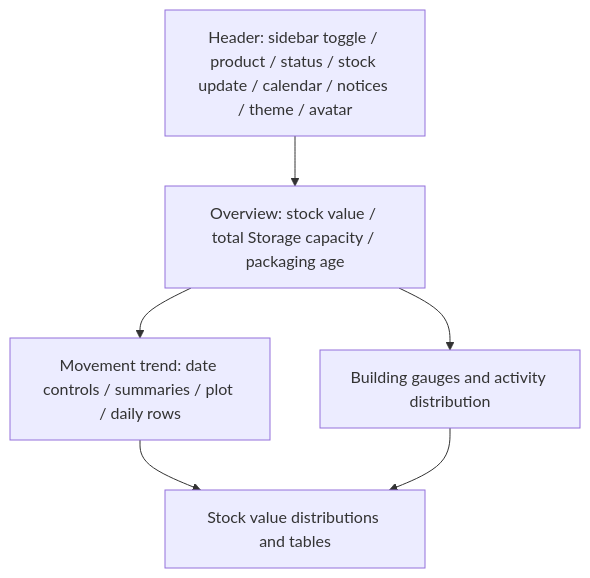
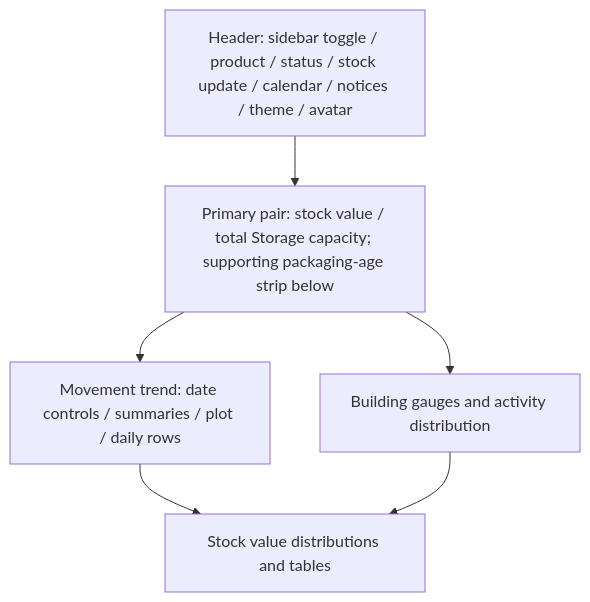
One commit to nk02388-cyber/PK-WMS changed the diagram in DESIGN_SYSTEM.md. Above: the diagram before and after it, drawn with Mermaid. The commit also changed other lines of this file and 3 other files, not shown here.

Commit message:
Lead dashboard with prominent stock value and capacity cards

````diff
--- a/DESIGN_SYSTEM.md
+++ b/DESIGN_SYSTEM.md
@@ -30,13 +30,13 @@
 ```mermaid
 flowchart TD
   Header[Header: sidebar toggle / product / status / stock update / calendar / notices / theme / avatar]
-  Overview[Overview: stock value / total Storage capacity / packaging age]
+  Overview[Primary pair: stock value / total Storage capacity; supporting packaging-age strip below]
   Trend[Movement trend: date controls / summaries / plot / daily rows]
   Side[Building gauges and activity distribution]
   Details[Stock value distributions and tables]
   Header --> Overview
   Overview --> Trend
   Overview --> Side
   Trend --> Details
   Side --> Details
 ```
````
